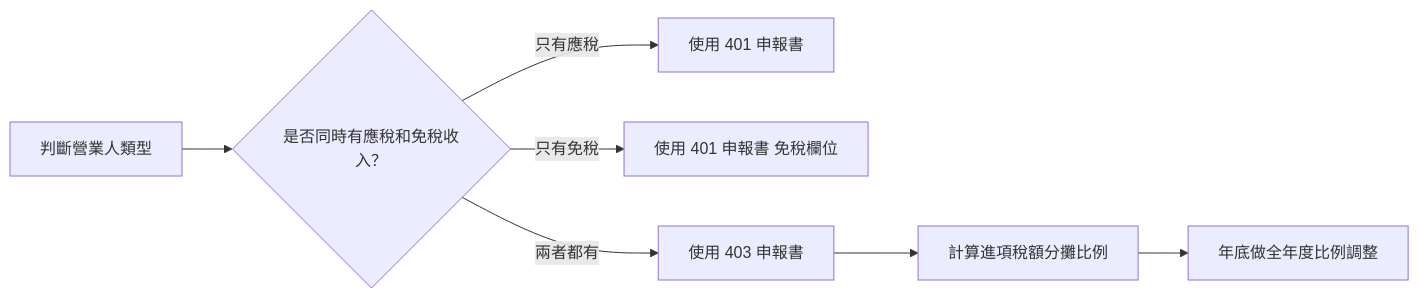
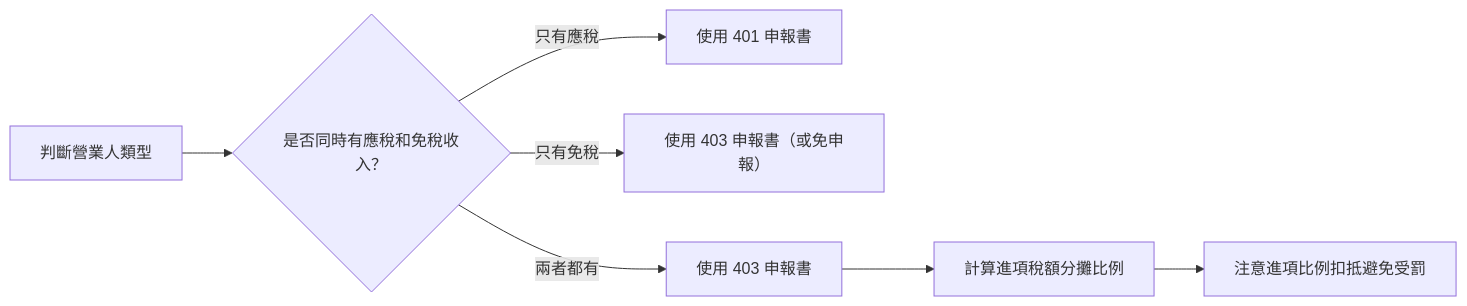
The diagram in 03_營業稅申報/401vs403申報書比較.md (qwerty10218/horticulture-tax-case), drawn with Mermaid before and after one commit. The commit also changed other lines of this file, not shown here.

Commit message:
Fix remaining diagram and table in 401vs403 comparison doc regarding annual adjustments

````diff
--- a/03_營業稅申報/401vs403申報書比較.md
+++ b/03_營業稅申報/401vs403申報書比較.md
@@ -44,9 +44,9 @@
 ```mermaid
 graph LR
     A["判斷營業人類型"] --> B{"是否同時有應稅和免稅收入？"}
     B -->|"只有應稅"| C["使用 401 申報書"]
-    B -->|"只有免稅"| D["使用 401 申報書 免稅欄位"]
+    B -->|"只有免稅"| D["使用 403 申報書（或免申報）"]
     B -->|"兩者都有"| E["使用 403 申報書"]
     E --> F["計算進項稅額分攤比例"]
-    F --> G["年底做全年度比例調整"]
+    F --> G["注意進項比例扣抵避免受罰"]
 ```
````
